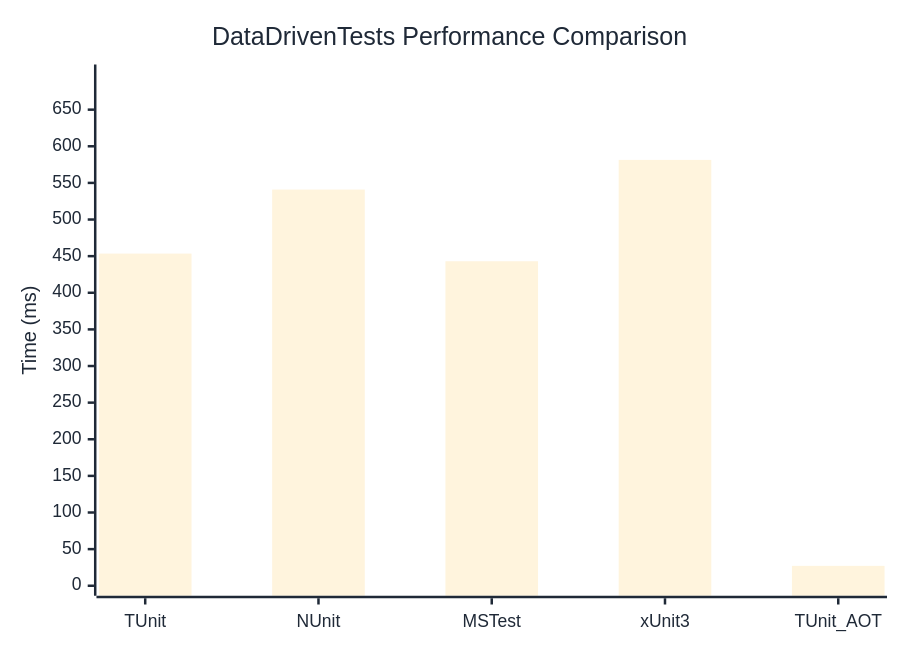
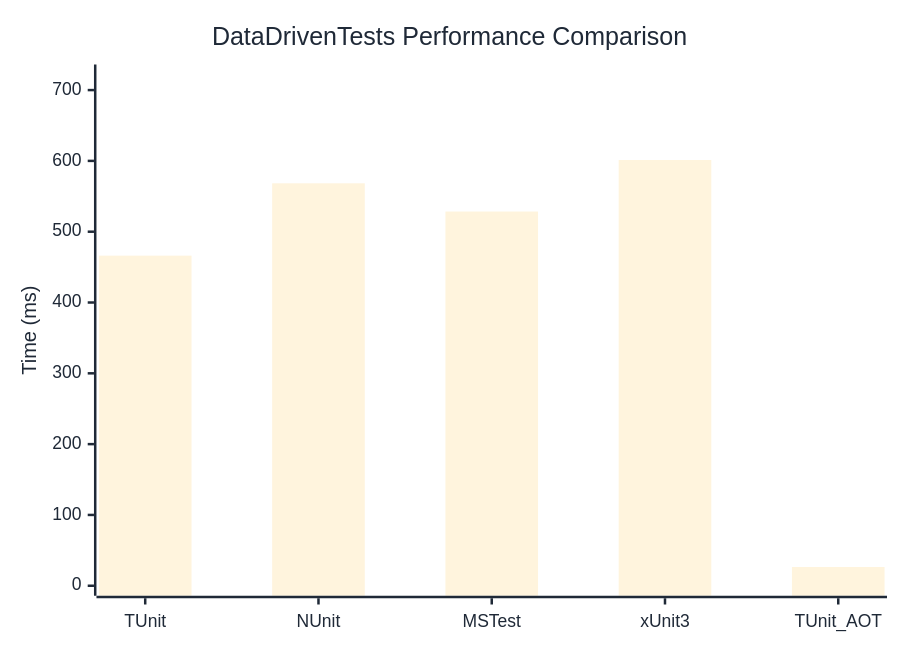
The diagram in docs/docs/benchmarks/DataDrivenTests.md (thomhurst/TUnit), drawn with Mermaid before and after one commit. The commit also changed other lines of this file and 17 other files, not shown here.

````diff
--- a/docs/docs/benchmarks/DataDrivenTests.md
+++ b/docs/docs/benchmarks/DataDrivenTests.md
@@ -27,37 +27,37 @@
 ```mermaid
 %%{init: {
   'theme':'base',
   'themeVariables': {
     'primaryColor': '#2563eb',
     'primaryTextColor': '#1f2937',
     'primaryBorderColor': '#1e40af',
     'lineColor': '#6b7280',
     'secondaryColor': '#7c3aed',
     'tertiaryColor': '#dc2626',
     'background': '#ffffff',
     'mainBkg': '#2563eb',
     'secondBkg': '#7c3aed',
     'tertiaryBkg': '#dc2626',
     'clusterBkg': '#f3f4f6',
     'edgeLabelBackground': '#ffffff',
     'tertiaryTextColor': '#1f2937',
     'pie1': '#2563eb',
     'pie2': '#7c3aed',
     'pie3': '#dc2626',
     'pie4': '#f59e0b',
     'pie5': '#10b981',
     'pie6': '#06b6d4',
     'pie7': '#ec4899',
     'pie8': '#6366f1',
     'pie9': '#84cc16',
     'pie10': '#f97316',
     'pie11': '#14b8a6',
     'pie12': '#a855f7'
   }
 }}%%
 xychart-beta
   title "DataDrivenTests Performance Comparison"
   x-axis ["TUnit", "NUnit", "MSTest", "xUnit3", "TUnit_AOT"]
-  y-axis "Time (ms)" 0 --> 698
-  bar [453.5, 540.9, 443.05, 581.42, 27.16]
+  y-axis "Time (ms)" 0 --> 722
+  bar [466.17, 568.33, 528.49, 601.22, 26.44]
 ```
````
